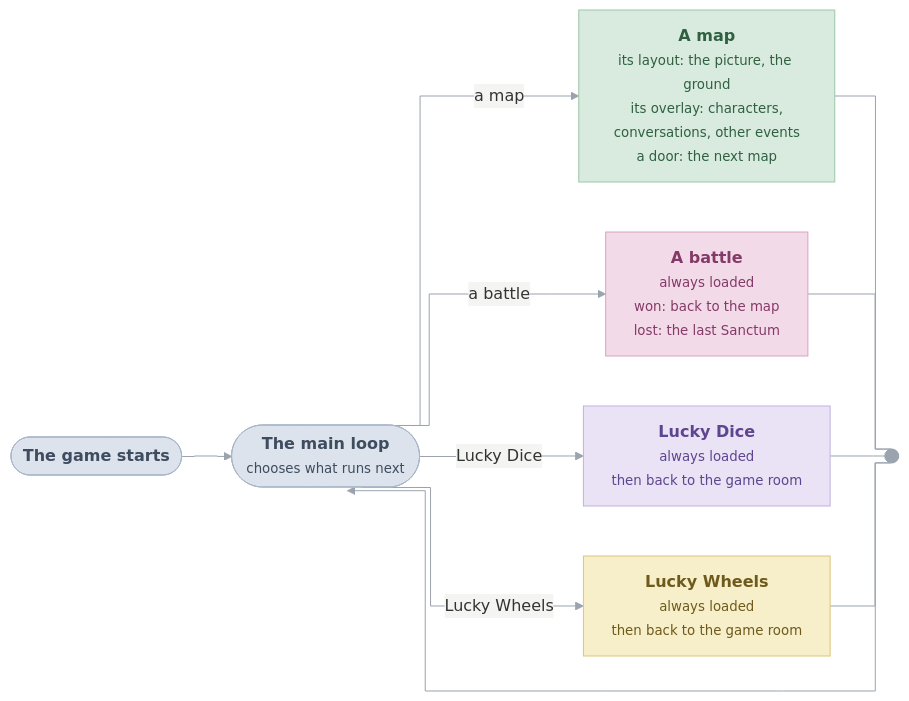
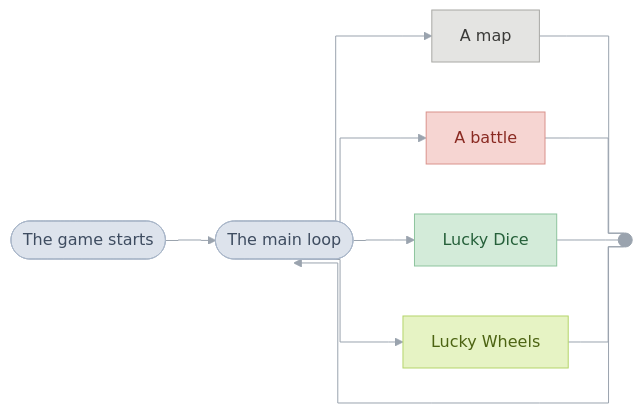
Before and after one commit to PascalPixel/alchemy: the diagram in games/tbs/README.md, drawn with Mermaid.

Commit message:
Front page: the main-loop diagram keeps only its boxes' names, coloured by kind
The details are in the prose around it; a map is grey, a battle red, Lucky Dice green and Lucky Wheels lime.

````diff
--- a/games/tbs/README.md
+++ b/games/tbs/README.md
@@ -29,27 +29,27 @@
 ```mermaid
-%%{init: {"theme": "base", "themeVariables": {"lineColor": "#9AA3AE", "edgeLabelBackground": "#F4F4F2"}, "flowchart": {"curve": "step", "padding": 14}}}%%
+%%{init: {"theme": "base", "themeVariables": {"lineColor": "#9AA3AE"}, "flowchart": {"curve": "step", "padding": 14}}}%%
 flowchart LR
-  start(["<b>The game starts</b>"]) --> loop(["<b>The main loop</b><br/><small>chooses what runs next</small>"])
-  loop -- "a map" --> map["<b>A map</b><br/><small>its layout: the picture, the ground<br/>its overlay: characters,<br/>conversations, other events<br/>a door: the next map</small>"]
-  loop -- "a battle" --> battle["<b>A battle</b><br/><small>always loaded<br/>won: back to the map<br/>lost: the last Sanctum</small>"]
-  loop -- "Lucky Dice" --> dice["<b>Lucky Dice</b><br/><small>always loaded<br/>then back to the game room</small>"]
-  loop -- "Lucky Wheels" --> wheels["<b>Lucky Wheels</b><br/><small>always loaded<br/>then back to the game room</small>"]
+  start(["The game starts"]) --> loop(["The main loop"])
+  loop --> map["A map"]
+  loop --> battle["A battle"]
+  loop --> dice["Lucky Dice"]
+  loop --> wheels["Lucky Wheels"]
   map --- back(( ))
   battle --- back
   dice --- back
   wheels --- back
   back --> loop
   classDef flow fill:#DDE3EC,stroke:#A9B6C8,color:#3E4C60
-  classDef place fill:#D9EBDF,stroke:#9CC5A8,color:#2F6040
-  classDef fight fill:#F3DAE8,stroke:#D7A3C3,color:#843A68
-  classDef dice fill:#EAE2F5,stroke:#C3B0E0,color:#5E4590
-  classDef wheels fill:#F6EFC9,stroke:#D9C77A,color:#6E5A1C
+  classDef field fill:#E4E4E2,stroke:#A8A8A4,color:#3A3A38
+  classDef fight fill:#F6D5D2,stroke:#D9928B,color:#8A2A22
+  classDef dice fill:#D3EBD9,stroke:#8DC49E,color:#25603A
+  classDef wheels fill:#E6F3C4,stroke:#B5D46A,color:#4C6312
   classDef join fill:#9AA3AE,stroke:#9AA3AE
   class start,loop flow
-  class map place
+  class map field
   class battle fight
   class dice dice
   class wheels wheels
   class back join
   style back width:8px,height:8px
 ```
````
